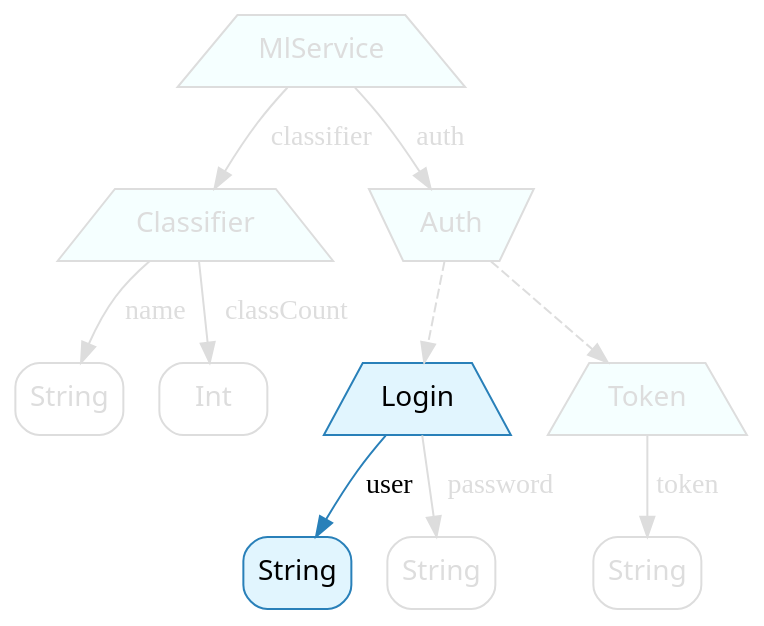
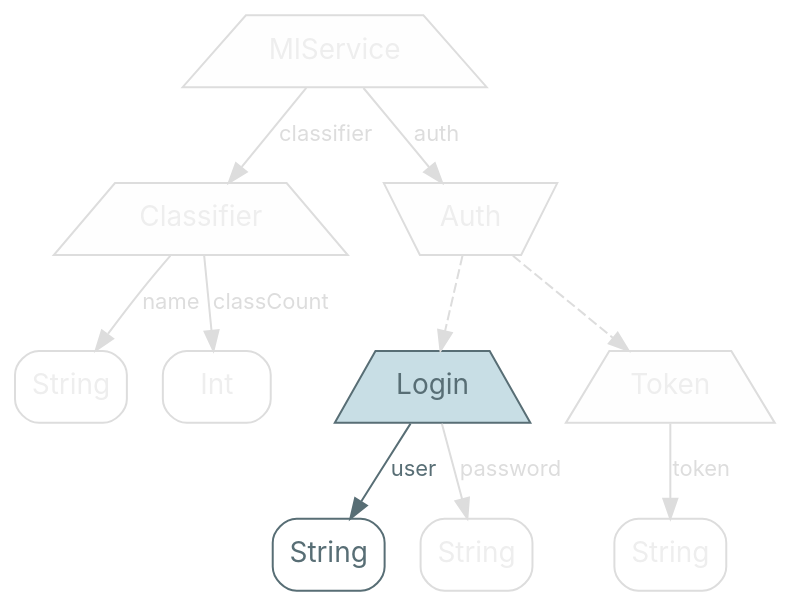
The diagram in src/graphviz/login-user.dot (nrinaudo/optics-from-the-ground-up), drawn with Graphviz before and after one commit. The commit also changed 67 other files, not shown here.

```diff
--- a/src/graphviz/login-user.dot
+++ b/src/graphviz/login-user.dot
@@ -1,46 +1,42 @@
 digraph {
     bgcolor=transparent
 
     // Default theme
-    node[shape="rectangle" style="rounded,filled" color="#dddddd" fontname="Segoe UI,Roboto,Helvetica,Arial,sans-serif" fillcolor="#ffffff" fontcolor="#dddddd"]
-    edge [color="#dddddd" fontcolor="#dddddd"]
+    node[shape="rectangle" style="rounded,filled" color="#586E75" fillcolor="#ffffff" fontcolor="#586E75" fontname="Inter,Arial"]
+    edge[color="#586E75" fontcolor="#586E75" fontname="Inter,Arial" fontsize=11]
 
     // product types
-    mlService, classifier, login, token [shape=trapezium style=filled fillcolor="#f5ffff"]
+    mlService, classifier, login, token [shape=trapezium style=filled fillcolor="#C8DEE5"]
 
     // sum types
-    auth[shape=invtrapezium, style=filled fillcolor="#f5ffff"]
+    auth[shape=invtrapezium, style=filled fillcolor="#C8DEE5"]
 
-    // Lit nodes
-    login, login_user  [color="#2980B9", fontcolor="#000000"]
-    login, login_user [fillcolor="#e1f5fe"]
+    mlService[label=MlService color="#dddddd" fontcolor="#eeeeee" fillcolor="#fefefe"]
 
-    mlService[label=MlService]
+    classifier[label=Classifier color="#dddddd" fontcolor="#eeeeee" fillcolor="#fefefe"]
+    classifier_name[label=String shape=box color="#dddddd" fontcolor="#eeeeee"]
+    classifier_classCount[label=Int shape=box color="#dddddd" fontcolor="#eeeeee"]
 
-    classifier[label=Classifier]
-    classifier_name[label=String shape=box]
-    classifier_classCount[label=Int shape=box]
-
-    auth[label=Auth]
+    auth[label=Auth color="#dddddd" fontcolor="#eeeeee" fillcolor="#fefefe"]
 
     login[label=Login]
     login_user[label=String shape=box]
-    login_password[label=String shape=box]
+    login_password[label=String shape=box color="#dddddd" fontcolor="#eeeeee"]
 
-    token[label=Token]
-    token_token[label=String shape=box]
+    token[label=Token color="#dddddd" fontcolor="#eeeeee" fillcolor="#fefefe"]
+    token_token[label=String shape=box color="#dddddd" fontcolor="#eeeeee"]
 
-    mlService -> classifier [label=classifier]
-    mlService -> auth [label=auth]
+    mlService -> classifier[label=classifier color="#dddddd" fontcolor="#dddddd"]
+    mlService -> auth[label=auth color="#dddddd" fontcolor="#dddddd"]
 
-    classifier -> classifier_name [label=name]
-    classifier -> classifier_classCount [label=classCount]
+    classifier -> classifier_name[label=name color="#dddddd" fontcolor="#dddddd"]
+    classifier -> classifier_classCount[label=classCount color="#dddddd" fontcolor="#dddddd"]
 
-    token -> token_token [label=token]
+    token -> token_token[label=token color="#dddddd" fontcolor="#dddddd"]
 
-    login -> login_user [label=user color="#2980B9" fontcolor="#000000"]
-    login -> login_password [label=password]
+    login -> login_user[label=user]
+    login -> login_password[label=password color="#dddddd" fontcolor="#dddddd"]
 
-    auth -> token[style=dashed]
-    auth -> login[style=dashed]
+    auth -> token[style=dashed color="#dddddd" fontcolor="#dddddd"]
+    auth -> login[style=dashed color="#dddddd" fontcolor="#dddddd"]
 }
```
